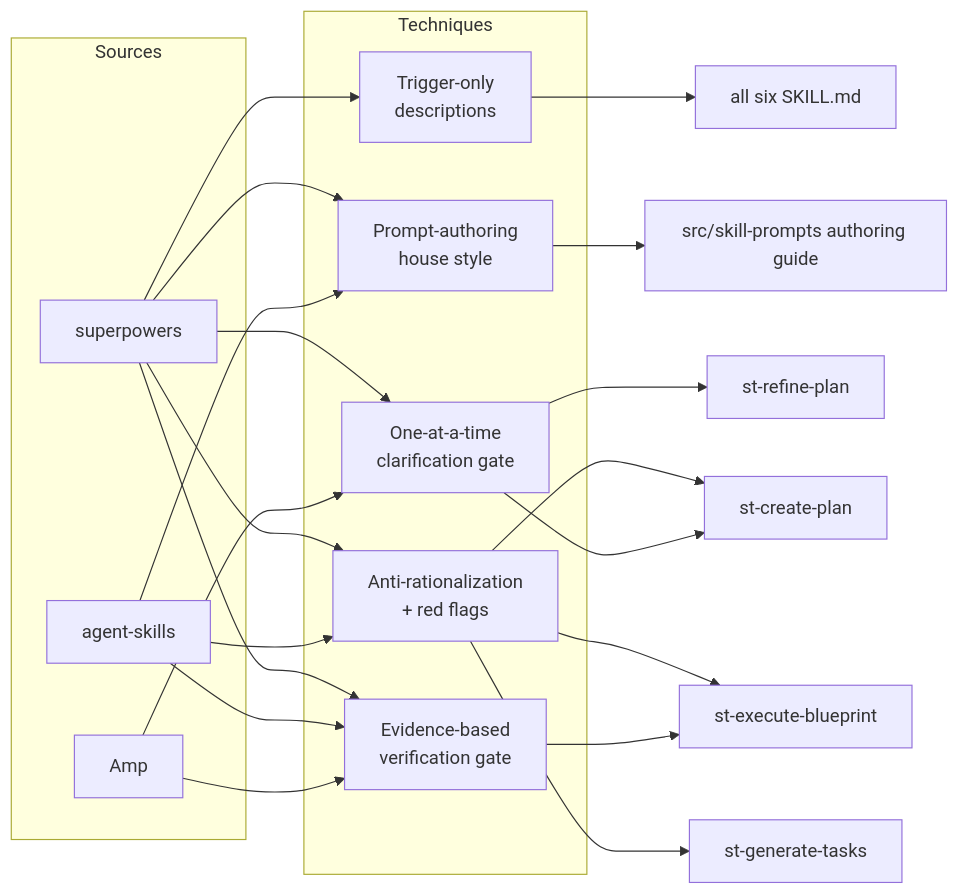
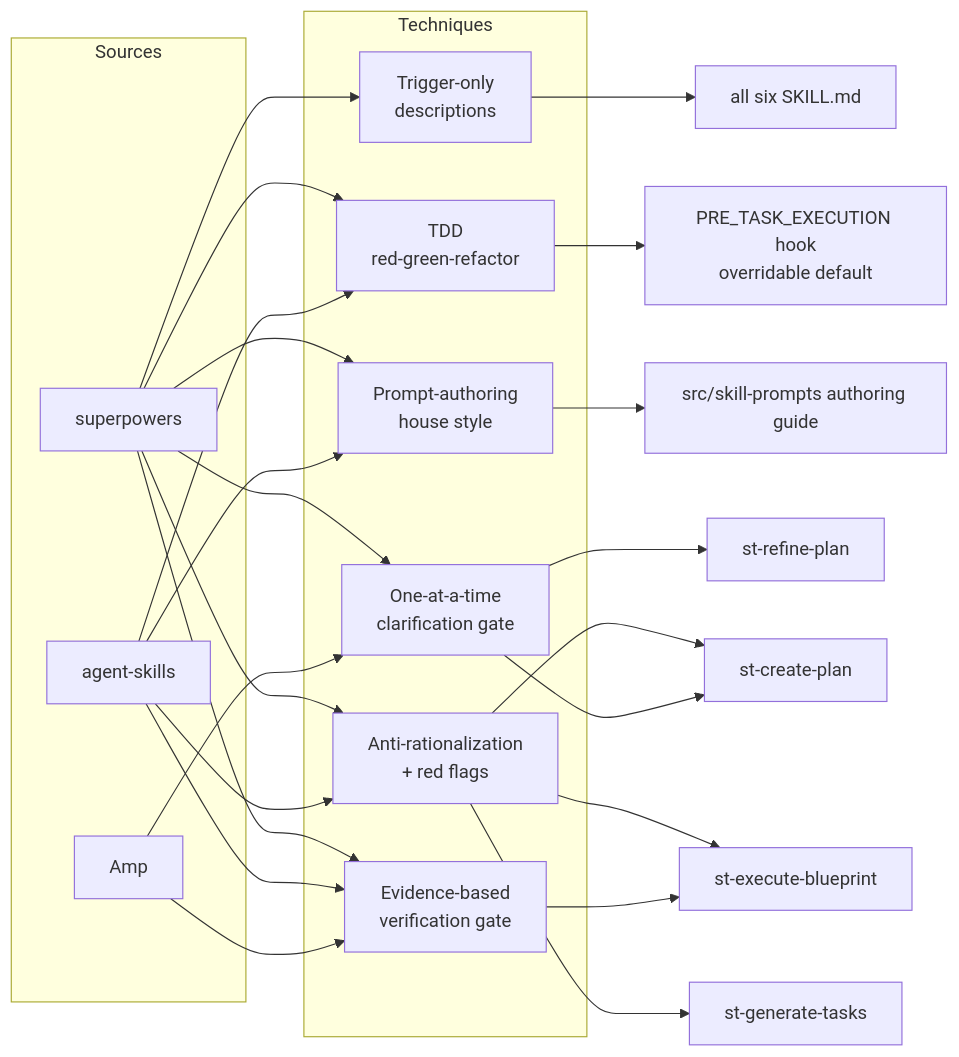
The diagram in docs/plans/01--skills-prompt-correlation-improvements/plan-01--skills-prompt-correlation-improvements.md (e0ipso/strikethroo), drawn with Mermaid before and after one commit. The commit also changed other lines of this file, not shown here.

First line of the commit message:
docs(plan): adopt TDD red-green-refactor as overridable default hook

````diff
--- a/docs/plans/01--skills-prompt-correlation-improvements/plan-01--skills-prompt-correlation-improvements.md
+++ b/docs/plans/01--skills-prompt-correlation-improvements/plan-01--skills-prompt-correlation-improvements.md
@@ -109,26 +111,28 @@
 ```mermaid
 flowchart LR
     subgraph Sources
         SP[superpowers]
         AS[agent-skills]
         AMP[Amp]
     end
     subgraph Techniques
         AR[Anti-rationalization\n+ red flags]
         VG[Evidence-based\nverification gate]
         CG[One-at-a-time\nclarification gate]
         SDO[Trigger-only\ndescriptions]
         AUTH[Prompt-authoring\nhouse style]
+        TDD[TDD\nred-green-refactor]
     end
-    SP --> AR & VG & CG & SDO & AUTH
-    AS --> AR & VG & AUTH
+    SP --> AR & VG & CG & SDO & AUTH & TDD
+    AS --> AR & VG & AUTH & TDD
     AMP --> VG & CG
     AR --> S2[st-generate-tasks]
     AR --> S3[st-execute-blueprint]
     AR --> S1[st-create-plan]
     VG --> S3
     CG --> S1
     CG --> S4[st-refine-plan]
     SDO --> ALL[all six SKILL.md]
     AUTH --> README[src/skill-prompts authoring guide]
+    TDD --> HOOK[PRE_TASK_EXECUTION hook\noverridable default]
 ```
````
